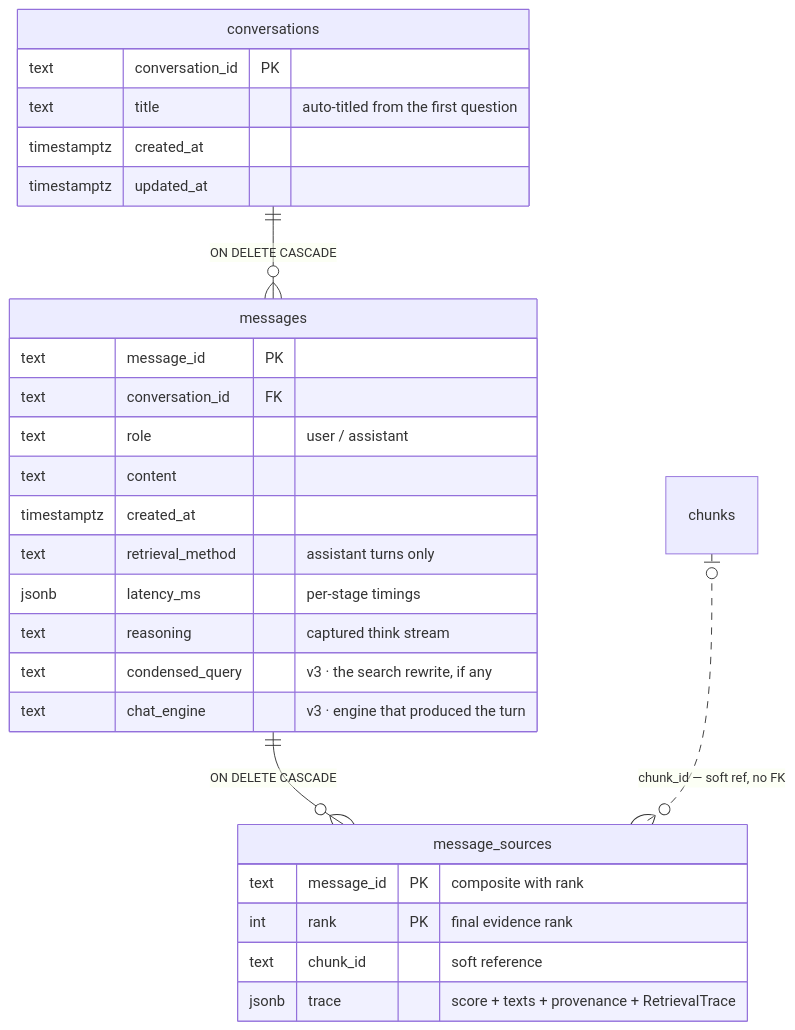
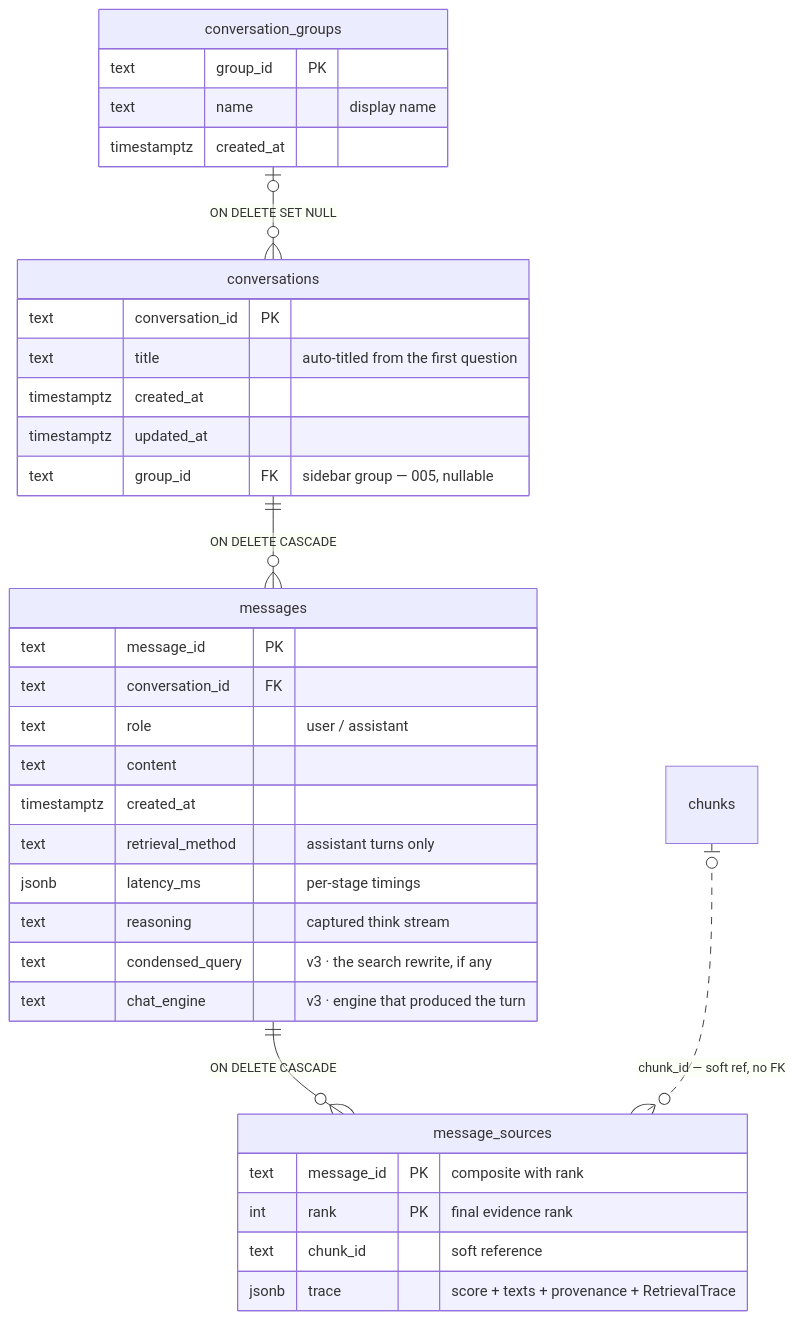
One commit to luisegarduno/varagity changed the second of 3 diagrams in golden-docs/data-model.md. Above: the diagram before and after it, drawn with Mermaid. The commit also changed other lines of this file and 24 other files, not shown here.

````diff
--- a/golden-docs/data-model.md
+++ b/golden-docs/data-model.md
@@ -289,30 +304,37 @@
 ```mermaid
 erDiagram
+    conversation_groups |o--o{ conversations : "ON DELETE SET NULL"
     conversations ||--o{ messages : "ON DELETE CASCADE"
     messages ||--o{ message_sources : "ON DELETE CASCADE"
     chunks |o..o{ message_sources : "chunk_id — soft ref, no FK"
+    conversation_groups {
+        text group_id PK
+        text name "display name"
+        timestamptz created_at
+    }
     conversations {
         text conversation_id PK
         text title "auto-titled from the first question"
         timestamptz created_at
         timestamptz updated_at
+        text group_id FK "sidebar group — 005, nullable"
     }
     messages {
         text message_id PK
         text conversation_id FK
         text role "user / assistant"
         text content
         timestamptz created_at
         text retrieval_method "assistant turns only"
         jsonb latency_ms "per-stage timings"
         text reasoning "captured think stream"
         text condensed_query "v3 · the search rewrite, if any"
         text chat_engine "v3 · engine that produced the turn"
     }
     message_sources {
         text message_id PK "composite with rank"
         int rank PK "final evidence rank"
         text chunk_id "soft reference"
         jsonb trace "score + texts + provenance + RetrievalTrace"
     }
 ```
````
